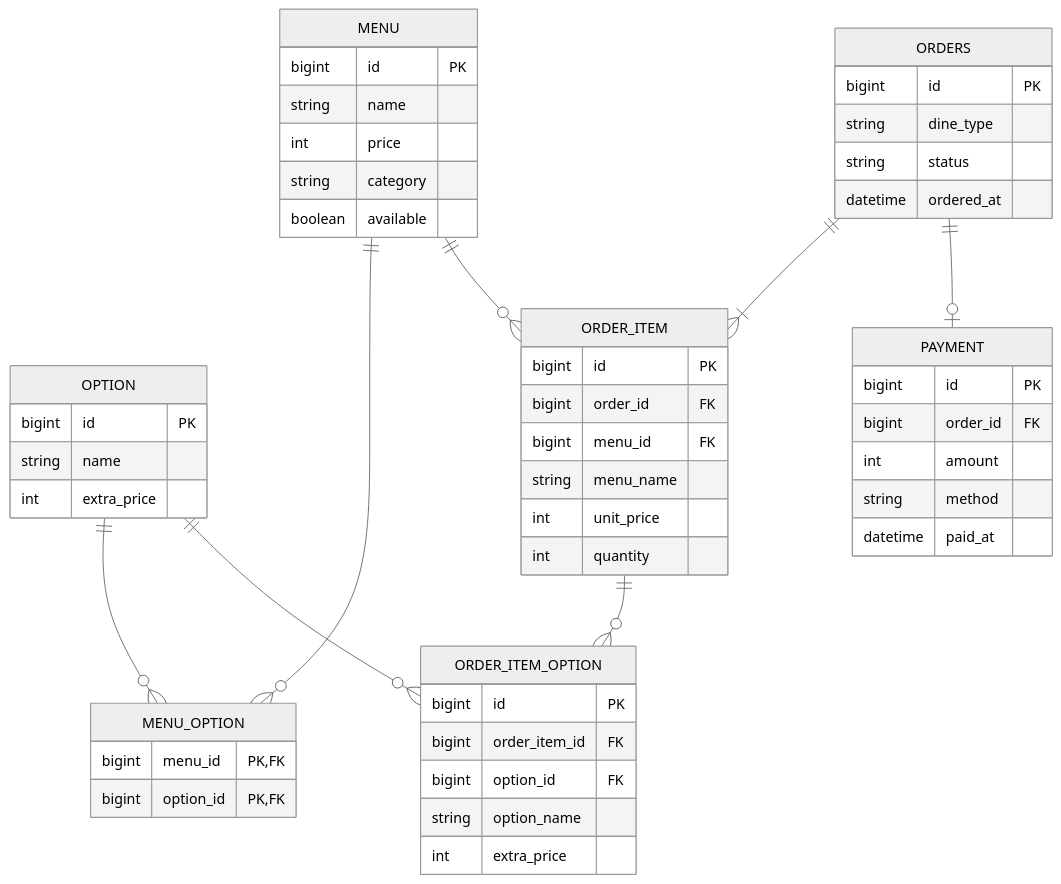
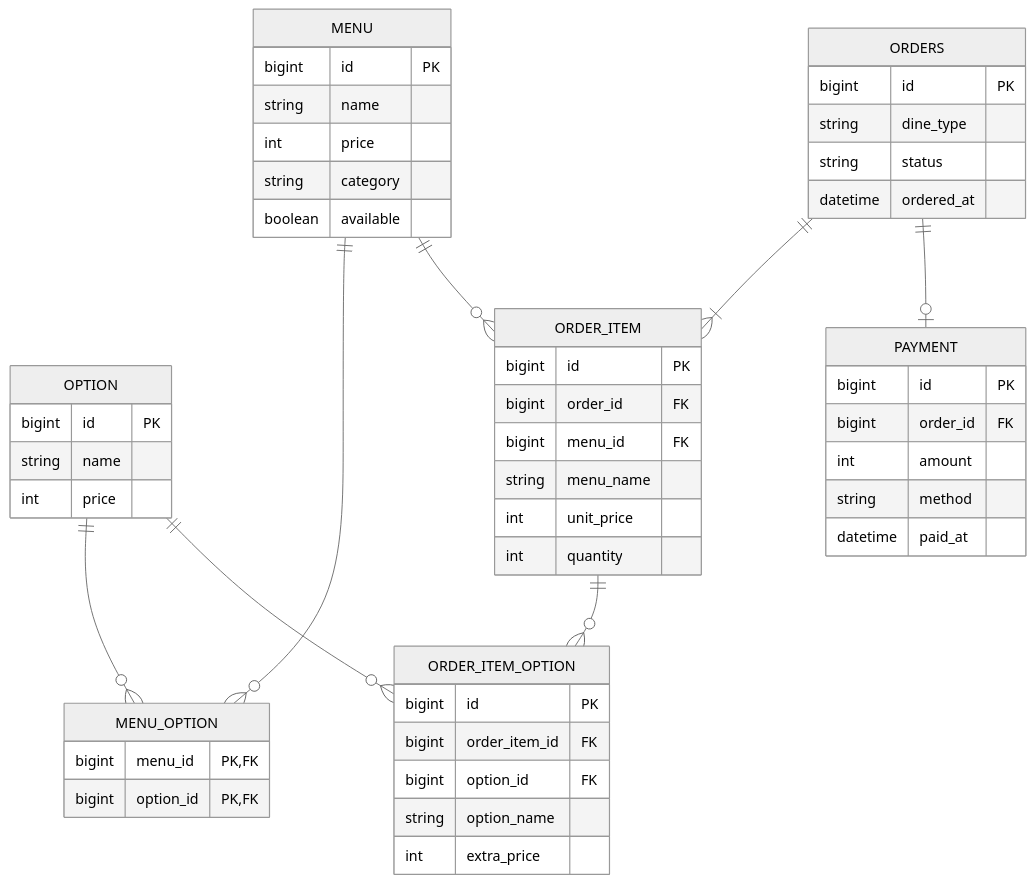
One commit to taeyoung-no/CafeOrderSystem changed the third of 3 diagrams in README.md. Above: the diagram before and after it, drawn with Mermaid (neutral theme). The commit also changed other lines of this file, not shown here.

Commit message:
클래스 다이어그램, ERD, 소스코드의 불일치 수정

````diff
--- a/README.md
+++ b/README.md
@@ -195,63 +195,63 @@
 ```mermaid
 erDiagram
   MENU ||--o{ MENU_OPTION : " "
   OPTION ||--o{ MENU_OPTION : " "
 
   ORDERS ||--|{ ORDER_ITEM : " "
   ORDERS ||--o| PAYMENT : " "
 
   MENU ||--o{ ORDER_ITEM : " "
   ORDER_ITEM ||--o{ ORDER_ITEM_OPTION : " "
   OPTION ||--o{ ORDER_ITEM_OPTION : " "
 
   MENU {
     bigint id PK
     string name
     int price
     string category
     boolean available
   }
 
   OPTION {
     bigint id PK
     string name
-    int extra_price
+    int price
   }
 
   MENU_OPTION {
     bigint menu_id PK,FK
     bigint option_id PK,FK
   }
 
   ORDERS {
     bigint id PK
     string dine_type
     string status
     datetime ordered_at
   }
 
   ORDER_ITEM {
     bigint id PK
     bigint order_id FK
     bigint menu_id FK
     string menu_name
     int unit_price
     int quantity
   }
 
   ORDER_ITEM_OPTION {
     bigint id PK
     bigint order_item_id FK
     bigint option_id FK
     string option_name
     int extra_price
   }
 
   PAYMENT {
     bigint id PK
     bigint order_id FK
     int amount
     string method
     datetime paid_at
   }
 ```
````
